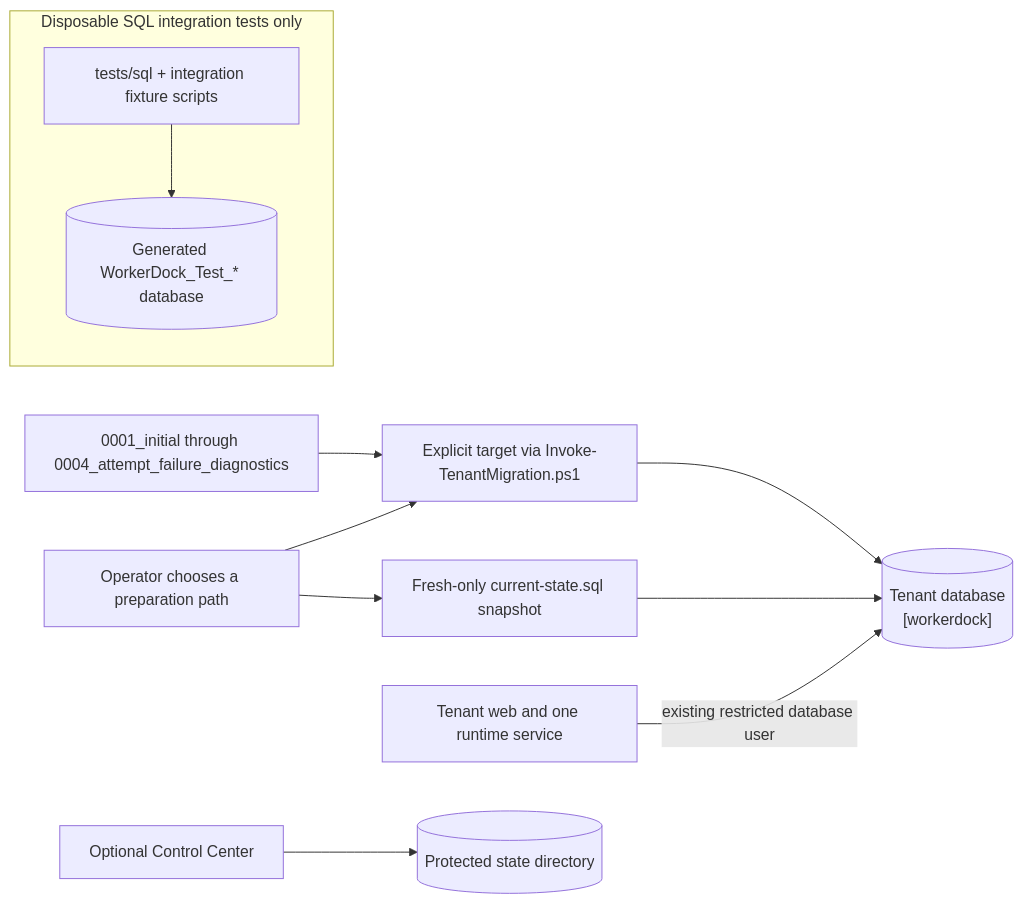
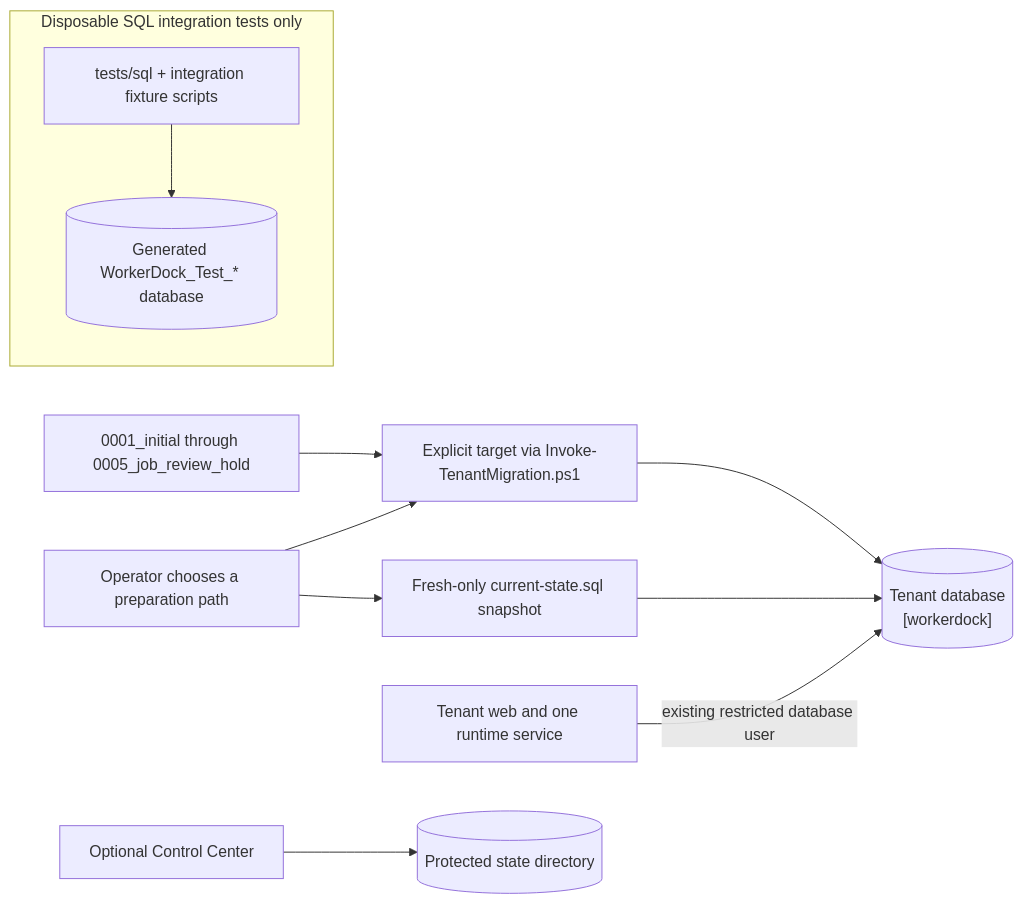
Before and after one commit to brunofreitasv/WorkerDock: the diagram in docs/how-to/setup-sql-server.md, drawn with Mermaid. The commit also changed other lines of this file and 89 other files, not shown here.

````diff
--- a/docs/how-to/setup-sql-server.md
+++ b/docs/how-to/setup-sql-server.md
@@ -7,15 +16,15 @@
 ```mermaid
 flowchart LR
     Operator["Operator chooses a preparation path"]
-    Manifest["0001_initial through 0004_attempt_failure_diagnostics"] --> MigrationScript["Explicit target via Invoke-TenantMigration.ps1"]
+    Manifest["0001_initial through 0005_job_review_hold"] --> MigrationScript["Explicit target via Invoke-TenantMigration.ps1"]
     Snapshot["Fresh-only current-state.sql snapshot"]
     Operator --> MigrationScript
     Operator --> Snapshot
     MigrationScript --> TenantDb[("Tenant database<br/>[workerdock]")]
     Snapshot --> TenantDb
     TenantApps["Tenant web and one runtime service"] -->|"existing restricted database user"| TenantDb
     CenterApp["Optional Control Center"] --> CenterFiles[("Protected state directory")]
     subgraph Tests["Disposable SQL integration tests only"]
         Fixtures["tests/sql + integration fixture scripts"] --> TestDb[("Generated WorkerDock_Test_* database")]
     end
 ```
````
